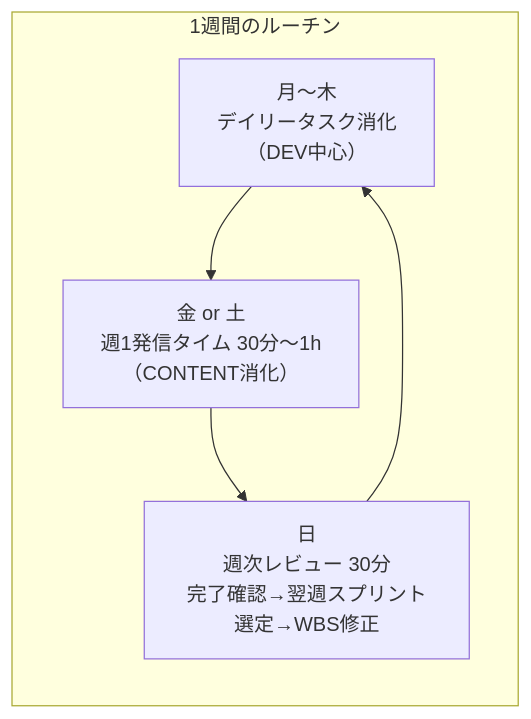
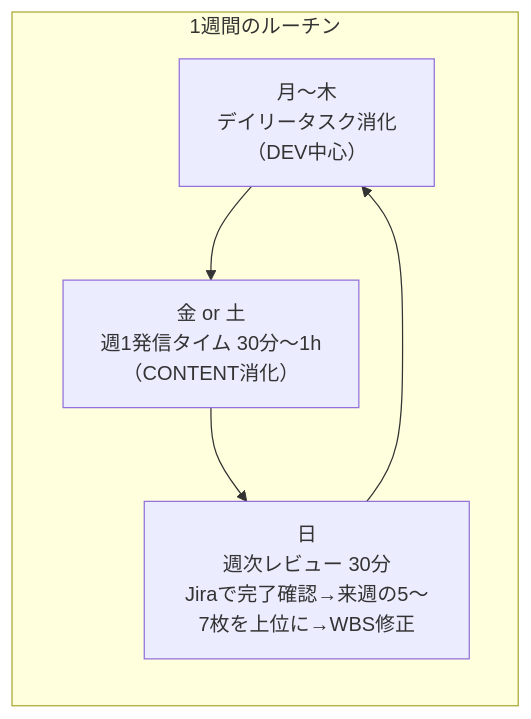
One commit to hina-tsukuru/hina-blocks changed the second of 5 diagrams in docs/workflow.md. Above: the diagram before and after it, drawn with Mermaid. The commit also changed other lines of this file and 3 other files, not shown here.

````diff
--- a/docs/workflow.md
+++ b/docs/workflow.md
@@ -36,10 +36,10 @@
 ```mermaid
 flowchart TB
     subgraph Week["1週間のルーチン"]
         direction TB
         MT["月〜木<br/>デイリータスク消化<br/>（DEV中心）"]
         FS["金 or 土<br/>週1発信タイム 30分〜1h<br/>（CONTENT消化）"]
-        SU["日<br/>週次レビュー 30分<br/>完了確認→翌週スプリント選定→WBS修正"]
+        SU["日<br/>週次レビュー 30分<br/>Jiraで完了確認→来週の5〜7枚を上位に→WBS修正"]
         MT --> FS --> SU --> MT
     end
 ```
````
